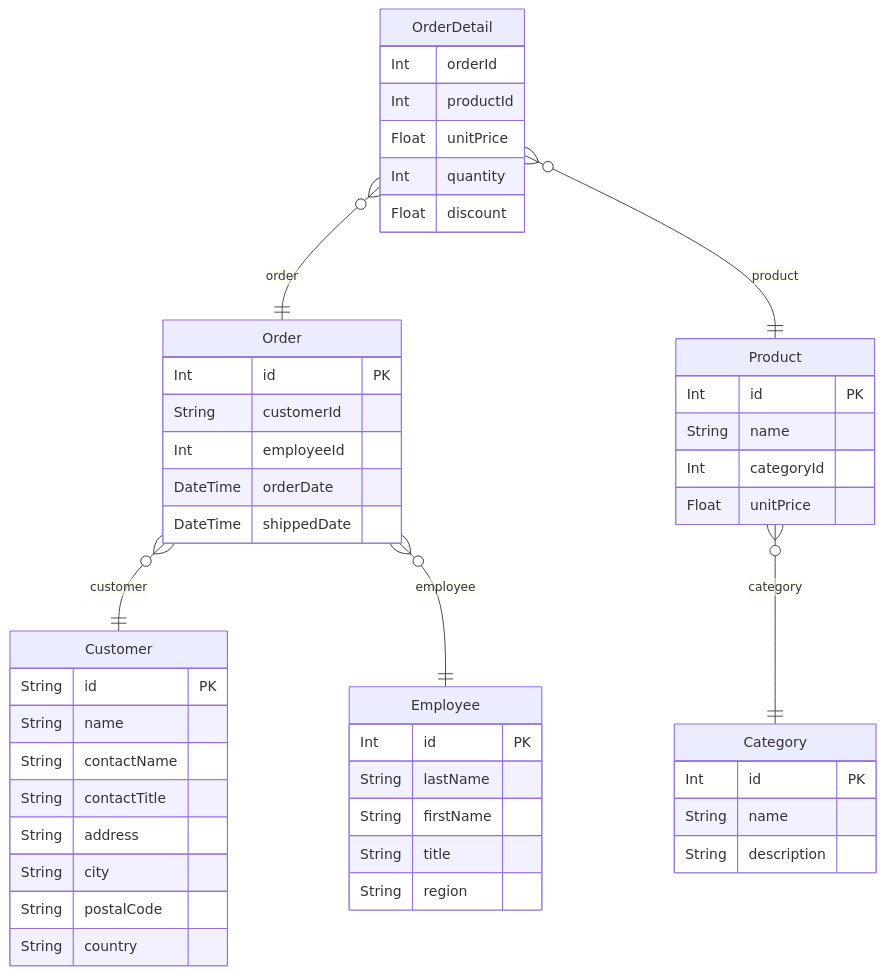
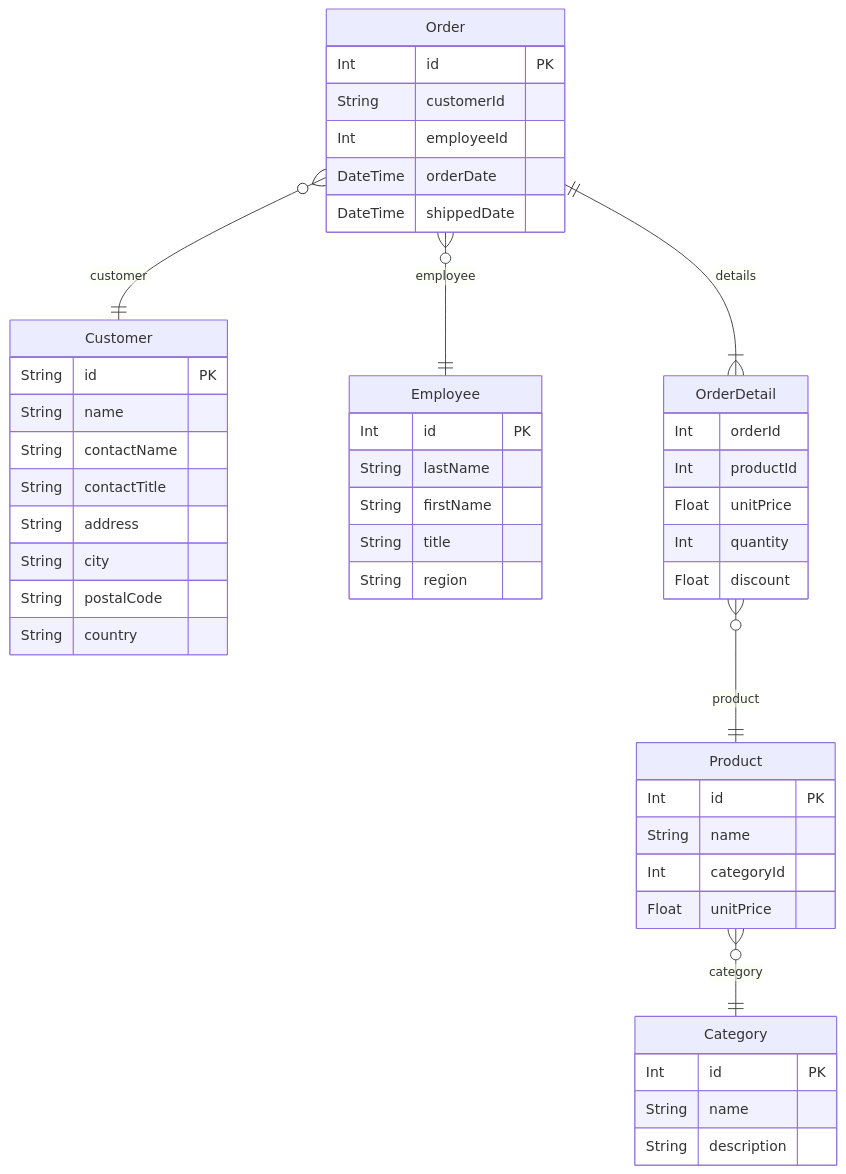
One commit to zenstackhq/zenstack-docs changed the diagram in blog/react-table/index.md. Above: the diagram before and after it, drawn with Mermaid.

Commit message:
update ERD

````diff
--- a/blog/react-table/index.md
+++ b/blog/react-table/index.md
@@ -37,51 +37,51 @@
 ```mermaid
 erDiagram
 	Category {
 		Int id PK
 		String name
 		String description
 	}
 	Customer {
 		String id PK
 		String name
 		String contactName
 		String contactTitle
 		String address
 		String city
 		String postalCode
 		String country
 	}
 	Employee {
 		Int id PK
 		String lastName
 		String firstName
 		String title
 		String region
 	}
 	OrderDetail {
 		Int orderId
 		Int productId
 		Float unitPrice
 		Int quantity
 		Float discount
 	}
 	Order {
 		Int id PK
 		String customerId
 		Int employeeId
 		DateTime orderDate
 		DateTime shippedDate
 	}
 	Product {
 		Int id PK
 		String name
 		Int categoryId
 		Float unitPrice
 	}
-	OrderDetail }o--|| Order : order
-	OrderDetail }o--|| Product : product
+	Order ||--|{ OrderDetail : details
 	Order }o--|| Customer : customer
 	Order }o--|| Employee : employee
+	OrderDetail }o--|| Product : product
 	Product }o--|| Category : category
 
 ```
````
